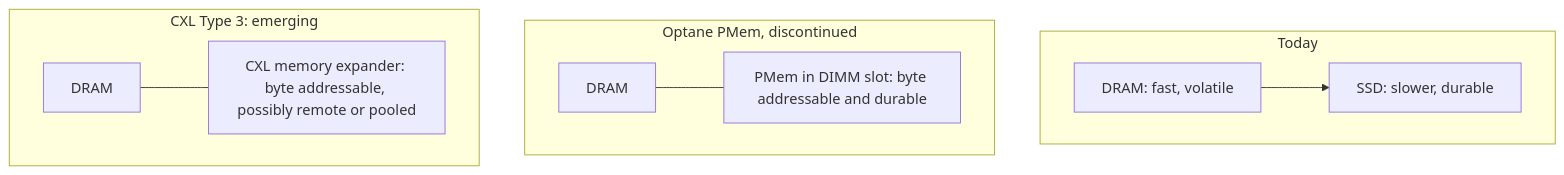
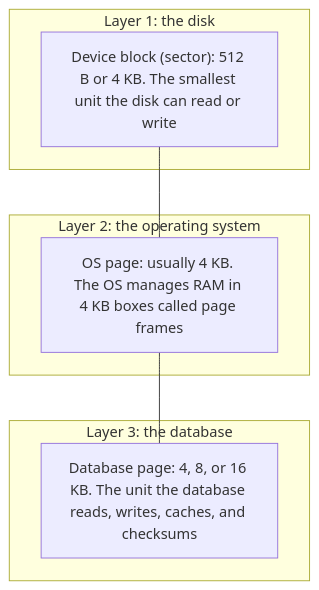
Before and after one commit to a-ZINC/Cherno-CPP-Notes: the second of 7 diagrams in docs/en/Db/3_module/3.1_disk_oriented_architecture.md, drawn with Mermaid. The commit also changed other lines of this file, not shown here.

````diff
--- a/docs/en/Db/3_module/3.1_disk_oriented_architecture.md
+++ b/docs/en/Db/3_module/3.1_disk_oriented_architecture.md
@@ -163,12 +72,13 @@
 ```mermaid
 flowchart TB
-    subgraph NOW["Today"]
-        A1["DRAM: fast, volatile"] --> A2["SSD: slower, durable"]
+    subgraph L1["Layer 1: the disk"]
+        D["Device block (sector): 512 B or 4 KB. The smallest unit the disk can read or write"]
     end
-    subgraph OPT["Optane PMem, discontinued"]
-        B1["DRAM"] --- B2["PMem in DIMM slot: byte addressable and durable"]
+    subgraph L2["Layer 2: the operating system"]
+        O["OS page: usually 4 KB. The OS manages RAM in 4 KB boxes called page frames"]
     end
-    subgraph CXLF["CXL Type 3: emerging"]
-        C1["DRAM"] --- C2["CXL memory expander: byte addressable, possibly remote or pooled"]
+    subgraph L3["Layer 3: the database"]
+        P["Database page: 4, 8, or 16 KB. The unit the database reads, writes, caches, and checksums"]
     end
+    D --- O --- P
 ```
````
